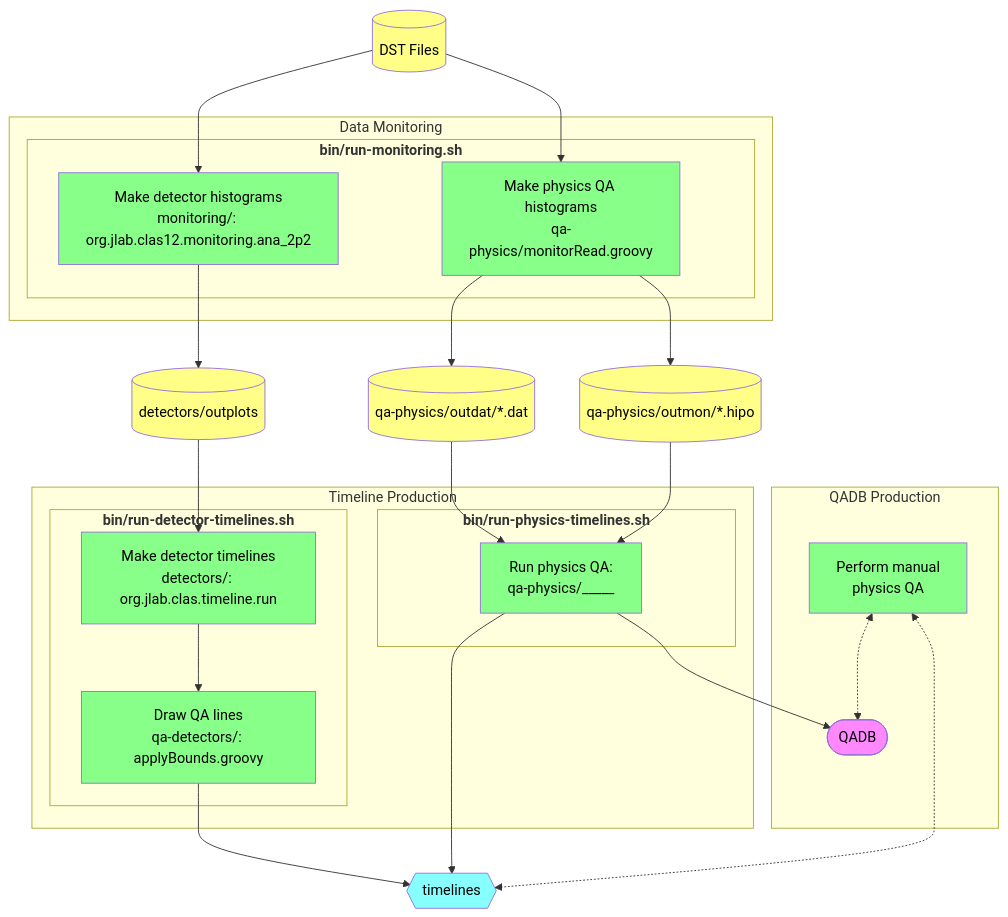
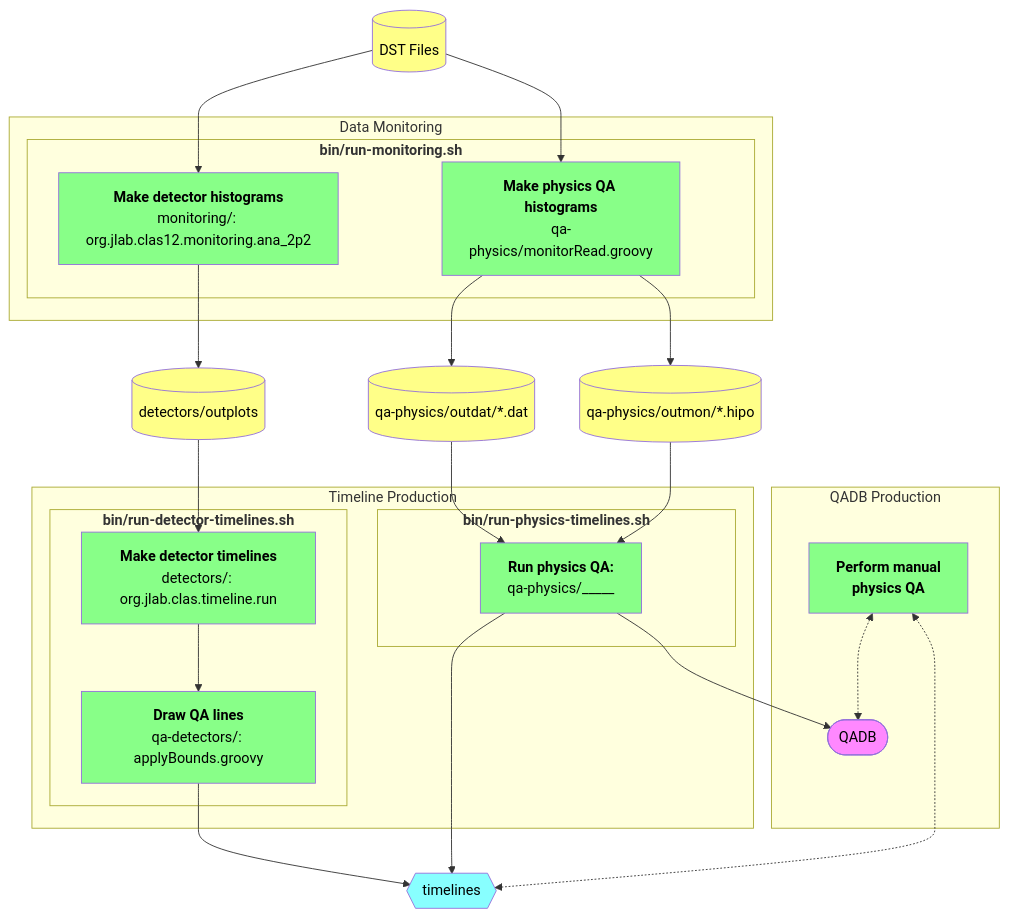
Before and after one commit to JeffersonLab/clas12-timeline: the diagram in README.md, drawn with Mermaid.

Commit message:
modified:   README.md

````diff
--- a/README.md
+++ b/README.md
@@ -65,50 +65,50 @@
 ```mermaid
 flowchart TB
 
     classDef proc     fill:#8f8,color:black
     classDef data     fill:#ff8,color:black
     classDef misc     fill:#f8f,color:black
     classDef timeline fill:#8ff,color:black
 
     dst[(DST Files)]:::data
 
     subgraph Data Monitoring
         subgraph "<strong>bin/run-monitoring.sh</strong>"
-            monitorDetectors["Make detector histograms<br/>monitoring/: org.jlab.clas12.monitoring.ana_2p2"]:::proc
-            monitorPhysics["Make physics QA histograms<br/>qa-physics/monitorRead.groovy"]:::proc
+            monitorDetectors["<strong>Make detector histograms</strong><br/>monitoring/: org.jlab.clas12.monitoring.ana_2p2"]:::proc
+            monitorPhysics["<strong>Make physics QA histograms</strong><br/>qa-physics/monitorRead.groovy"]:::proc
         end
     end
     dst --> monitorDetectors
     dst --> monitorPhysics
 
     monitorDetectors --> outplots[(detectors/outplots)]:::data
     monitorPhysics   --> outdat[(qa-physics/outdat/*.dat)]:::data
     monitorPhysics   --> outmon[(qa-physics/outmon/*.hipo)]:::data
 
     subgraph Timeline Production
         subgraph "<strong>bin/run-detector-timelines.sh</strong>"
-            timelineDetectorsPreQA["Make detector timelines<br/>detectors/: org.jlab.clas.timeline.run"]:::proc
-            timelineDetectors["Draw QA lines<br/>qa-detectors/: applyBounds.groovy"]:::proc
+            timelineDetectorsPreQA["<strong>Make detector timelines</strong><br/>detectors/: org.jlab.clas.timeline.run"]:::proc
+            timelineDetectors["<strong>Draw QA lines</strong><br/>qa-detectors/: applyBounds.groovy"]:::proc
         end
         subgraph "<strong>bin/run-physics-timelines.sh</strong>"
-            timelinePhysics["Run physics QA:<br/>qa-physics/_____"]:::proc
+            timelinePhysics["<strong>Run physics QA:</strong><br/>qa-physics/_____"]:::proc
         end
     end
 
     outplots --> timelineDetectorsPreQA --> timelineDetectors
     outdat   --> timelinePhysics
     outmon   --> timelinePhysics
 
     subgraph QADB Production
         qadb([QADB]):::misc
-        manualQA[Perform manual<br/>physics QA]:::proc
+        manualQA[<strong>Perform manual<br/>physics QA</strong>]:::proc
     end
     
     timelines{{timelines}}:::timeline
 
     timelineDetectors --> timelines
     timelinePhysics   --> timelines
     timelinePhysics   --> qadb
     manualQA <-.-> timelines
     manualQA <-.-> qadb
 ```
````
